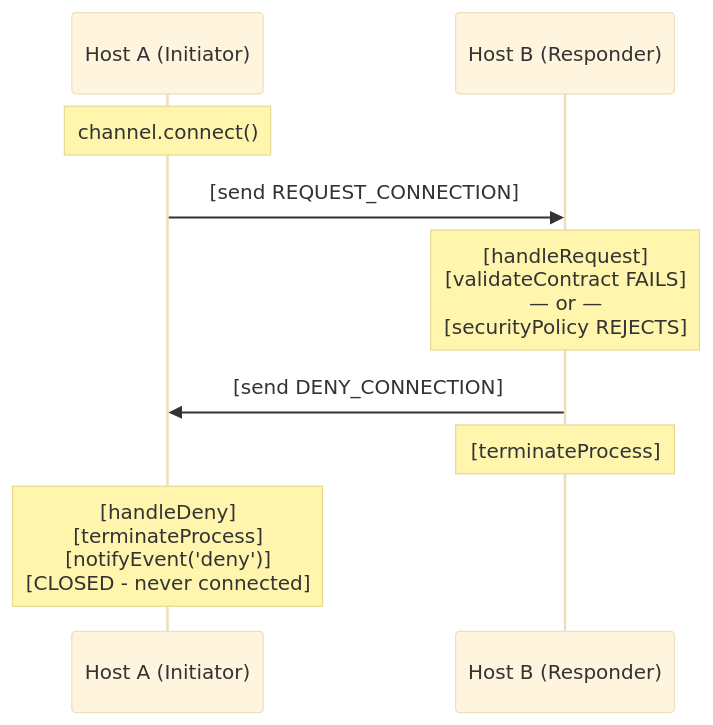
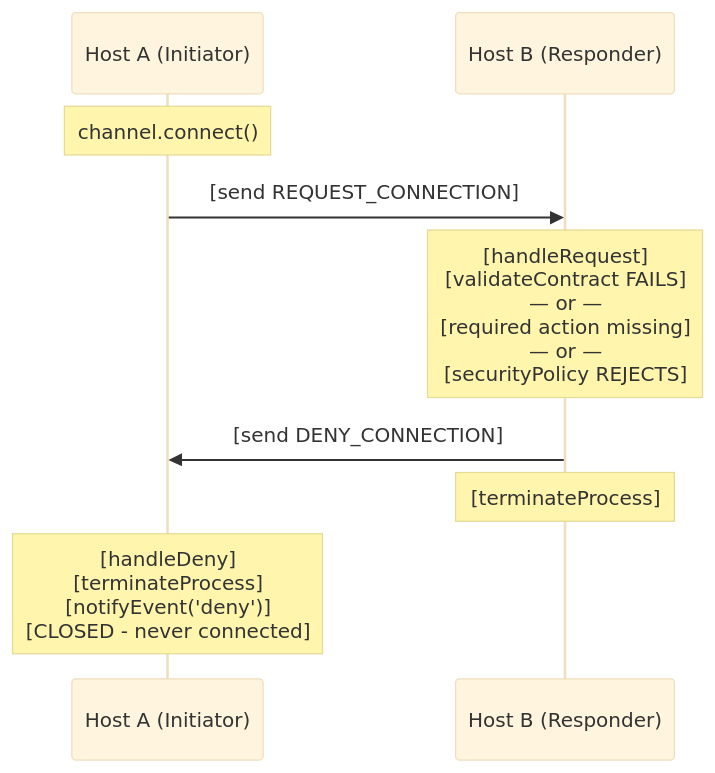
Before and after one commit to AndrewRedican/hyperfrontend: the fourth of 8 diagrams in libs/nexus/ARCHITECTURE.md, drawn with Mermaid. The commit also changed other lines of this file and 50 other files, not shown here.

````diff
--- a/libs/nexus/ARCHITECTURE.md
+++ b/libs/nexus/ARCHITECTURE.md
@@ -264,18 +269,18 @@
 ```mermaid
 ---
 config:
   theme: base
   themeVariables:
     fontSize: 12px
 ---
 sequenceDiagram
     participant HostA as Host A (Initiator)
     participant HostB as Host B (Responder)
 
     Note over HostA: channel.connect()
     HostA->>HostB: [send REQUEST_CONNECTION]
-    Note over HostB: [handleRequest]<br/>[validateContract FAILS]<br/>— or —<br/>[securityPolicy REJECTS]
+    Note over HostB: [handleRequest]<br/>[validateContract FAILS]<br/>— or —<br/>[required action missing]<br/>— or —<br/>[securityPolicy REJECTS]
     HostB->>HostA: [send DENY_CONNECTION]
     Note over HostB: [terminateProcess]
     Note over HostA: [handleDeny]<br/>[terminateProcess]<br/>[notifyEvent('deny')]<br/>[CLOSED - never connected]
 ```
````
